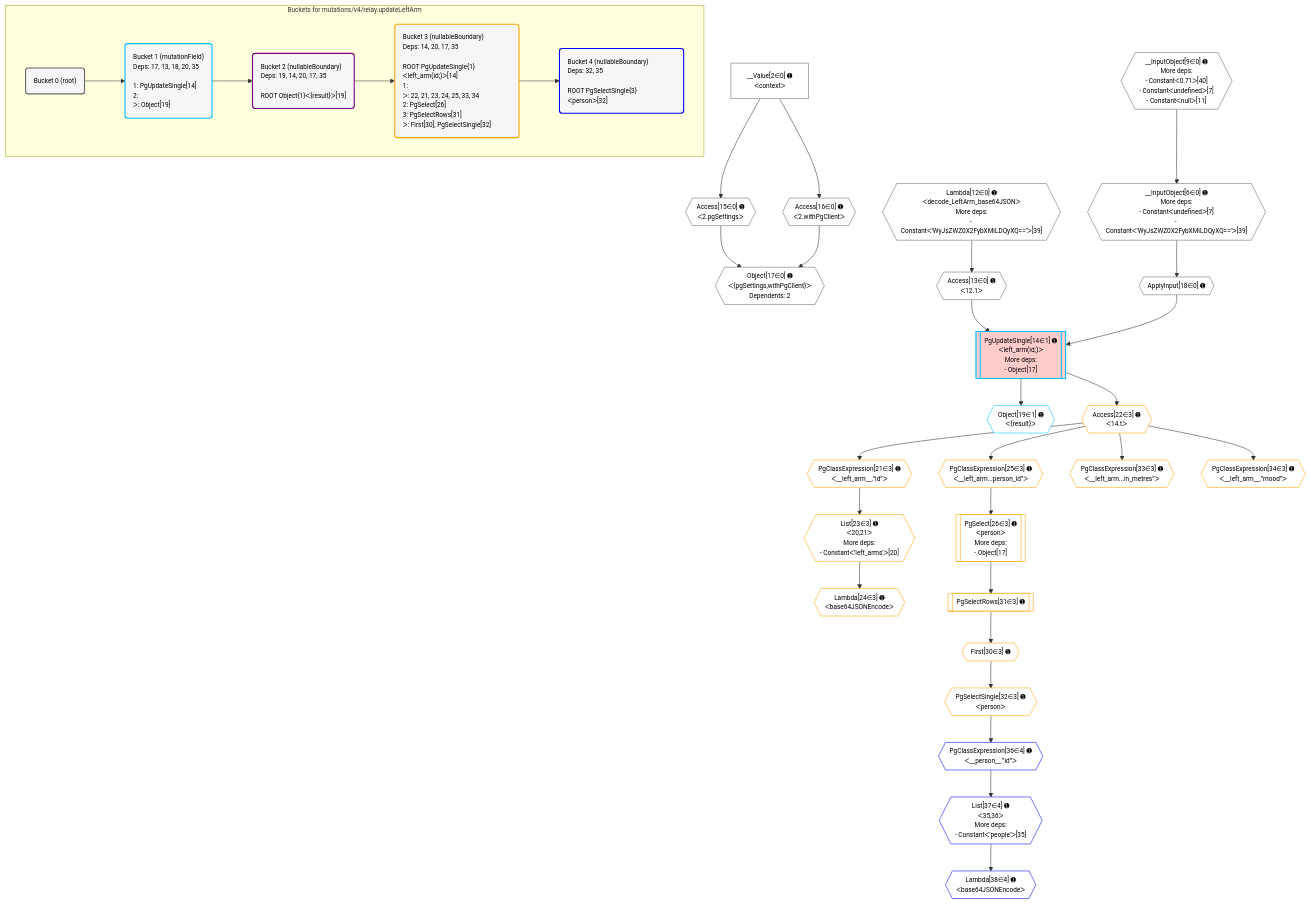
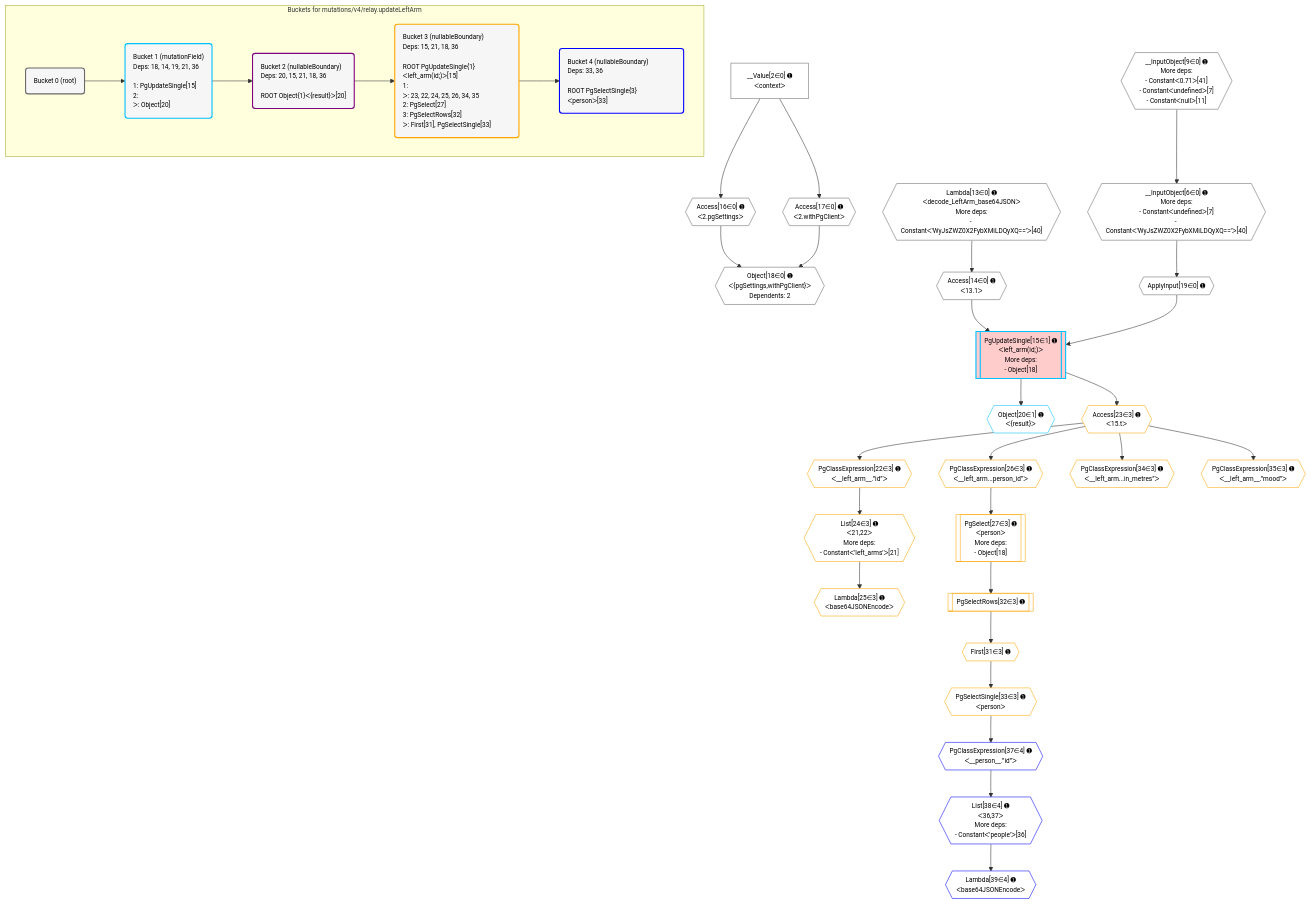
One commit to graphile/crystal changed the diagram in postgraphile/postgraphile/__tests__/mutations/v4/relay.updateLeftArm.mermaid. Above: the diagram before and after it, drawn with Mermaid. The commit also changed 6 other files, not shown here.

```diff
--- a/postgraphile/postgraphile/__tests__/mutations/v4/relay.updateLeftArm.mermaid
+++ b/postgraphile/postgraphile/__tests__/mutations/v4/relay.updateLeftArm.mermaid
@@ -1,81 +1,81 @@
 %%{init: {'themeVariables': { 'fontSize': '12px'}}}%%
 graph TD
     classDef path fill:#eee,stroke:#000,color:#000
     classDef plan fill:#fff,stroke-width:1px,color:#000
     classDef itemplan fill:#fff,stroke-width:2px,color:#000
     classDef unbatchedplan fill:#dff,stroke-width:1px,color:#000
     classDef sideeffectplan fill:#fcc,stroke-width:2px,color:#000
     classDef bucket fill:#f6f6f6,color:#000,stroke-width:2px,text-align:left
 
     subgraph "Buckets for mutations/v4/relay.updateLeftArm"
     Bucket0("Bucket 0 (root)"):::bucket
-    Bucket1("Bucket 1 (mutationField)<br />Deps: 17, 13, 18, 20, 35<br /><br />1: PgUpdateSingle[14]<br />2: <br />ᐳ: Object[19]"):::bucket
-    Bucket2("Bucket 2 (nullableBoundary)<br />Deps: 19, 14, 20, 17, 35<br /><br />ROOT Object{1}ᐸ{result}ᐳ[19]"):::bucket
-    Bucket3("Bucket 3 (nullableBoundary)<br />Deps: 14, 20, 17, 35<br /><br />ROOT PgUpdateSingle{1}ᐸleft_arm(id;)ᐳ[14]<br />1: <br />ᐳ: 22, 21, 23, 24, 25, 33, 34<br />2: PgSelect[26]<br />3: PgSelectRows[31]<br />ᐳ: First[30], PgSelectSingle[32]"):::bucket
-    Bucket4("Bucket 4 (nullableBoundary)<br />Deps: 32, 35<br /><br />ROOT PgSelectSingle{3}ᐸpersonᐳ[32]"):::bucket
+    Bucket1("Bucket 1 (mutationField)<br />Deps: 18, 14, 19, 21, 36<br /><br />1: PgUpdateSingle[15]<br />2: <br />ᐳ: Object[20]"):::bucket
+    Bucket2("Bucket 2 (nullableBoundary)<br />Deps: 20, 15, 21, 18, 36<br /><br />ROOT Object{1}ᐸ{result}ᐳ[20]"):::bucket
+    Bucket3("Bucket 3 (nullableBoundary)<br />Deps: 15, 21, 18, 36<br /><br />ROOT PgUpdateSingle{1}ᐸleft_arm(id;)ᐳ[15]<br />1: <br />ᐳ: 23, 22, 24, 25, 26, 34, 35<br />2: PgSelect[27]<br />3: PgSelectRows[32]<br />ᐳ: First[31], PgSelectSingle[33]"):::bucket
+    Bucket4("Bucket 4 (nullableBoundary)<br />Deps: 33, 36<br /><br />ROOT PgSelectSingle{3}ᐸpersonᐳ[33]"):::bucket
     end
     Bucket0 --> Bucket1
     Bucket1 --> Bucket2
     Bucket2 --> Bucket3
     Bucket3 --> Bucket4
 
     %% plan dependencies
-    __InputObject6{{"__InputObject[6∈0] ➊<br />More deps:<br />- Constantᐸundefinedᐳ[7]<br />- Constantᐸ'WyJsZWZ0X2FybXMiLDQyXQ=='ᐳ[39]"}}:::plan
-    __InputObject9{{"__InputObject[9∈0] ➊<br />More deps:<br />- Constantᐸ0.71ᐳ[40]<br />- Constantᐸundefinedᐳ[7]<br />- Constantᐸnullᐳ[11]"}}:::plan
+    __InputObject6{{"__InputObject[6∈0] ➊<br />More deps:<br />- Constantᐸundefinedᐳ[7]<br />- Constantᐸ'WyJsZWZ0X2FybXMiLDQyXQ=='ᐳ[40]"}}:::plan
+    __InputObject9{{"__InputObject[9∈0] ➊<br />More deps:<br />- Constantᐸ0.71ᐳ[41]<br />- Constantᐸundefinedᐳ[7]<br />- Constantᐸnullᐳ[11]"}}:::plan
     __InputObject9 --> __InputObject6
-    Object17{{"Object[17∈0] ➊<br />ᐸ{pgSettings,withPgClient}ᐳ<br />Dependents: 2"}}:::plan
-    Access15{{"Access[15∈0] ➊<br />ᐸ2.pgSettingsᐳ"}}:::plan
-    Access16{{"Access[16∈0] ➊<br />ᐸ2.withPgClientᐳ"}}:::plan
-    Access15 & Access16 --> Object17
-    Lambda12{{"Lambda[12∈0] ➊<br />ᐸdecode_LeftArm_base64JSONᐳ<br />More deps:<br />- Constantᐸ'WyJsZWZ0X2FybXMiLDQyXQ=='ᐳ[39]"}}:::plan
-    Access13{{"Access[13∈0] ➊<br />ᐸ12.1ᐳ"}}:::plan
-    Lambda12 --> Access13
+    Object18{{"Object[18∈0] ➊<br />ᐸ{pgSettings,withPgClient}ᐳ<br />Dependents: 2"}}:::plan
+    Access16{{"Access[16∈0] ➊<br />ᐸ2.pgSettingsᐳ"}}:::plan
+    Access17{{"Access[17∈0] ➊<br />ᐸ2.withPgClientᐳ"}}:::plan
+    Access16 & Access17 --> Object18
+    Lambda13{{"Lambda[13∈0] ➊<br />ᐸdecode_LeftArm_base64JSONᐳ<br />More deps:<br />- Constantᐸ'WyJsZWZ0X2FybXMiLDQyXQ=='ᐳ[40]"}}:::plan
+    Access14{{"Access[14∈0] ➊<br />ᐸ13.1ᐳ"}}:::plan
+    Lambda13 --> Access14
     __Value2["__Value[2∈0] ➊<br />ᐸcontextᐳ"]:::plan
-    __Value2 --> Access15
     __Value2 --> Access16
-    ApplyInput18{{"ApplyInput[18∈0] ➊"}}:::plan
-    __InputObject6 --> ApplyInput18
-    PgUpdateSingle14[["PgUpdateSingle[14∈1] ➊<br />ᐸleft_arm(id;)ᐳ<br />More deps:<br />- Object[17]"]]:::sideeffectplan
-    Access13 & ApplyInput18 --> PgUpdateSingle14
-    Object19{{"Object[19∈1] ➊<br />ᐸ{result}ᐳ"}}:::plan
-    PgUpdateSingle14 --> Object19
-    List23{{"List[23∈3] ➊<br />ᐸ20,21ᐳ<br />More deps:<br />- Constantᐸ'left_arms'ᐳ[20]"}}:::plan
-    PgClassExpression21{{"PgClassExpression[21∈3] ➊<br />ᐸ__left_arm__.”id”ᐳ"}}:::plan
-    PgClassExpression21 --> List23
-    PgSelect26[["PgSelect[26∈3] ➊<br />ᐸpersonᐳ<br />More deps:<br />- Object[17]"]]:::plan
-    PgClassExpression25{{"PgClassExpression[25∈3] ➊<br />ᐸ__left_arm...person_id”ᐳ"}}:::plan
-    PgClassExpression25 --> PgSelect26
-    Access22{{"Access[22∈3] ➊<br />ᐸ14.tᐳ"}}:::plan
-    Access22 --> PgClassExpression21
-    PgUpdateSingle14 --> Access22
-    Lambda24{{"Lambda[24∈3] ➊<br />ᐸbase64JSONEncodeᐳ"}}:::plan
-    List23 --> Lambda24
-    Access22 --> PgClassExpression25
-    First30{{"First[30∈3] ➊"}}:::plan
-    PgSelectRows31[["PgSelectRows[31∈3] ➊"]]:::plan
-    PgSelectRows31 --> First30
-    PgSelect26 --> PgSelectRows31
-    PgSelectSingle32{{"PgSelectSingle[32∈3] ➊<br />ᐸpersonᐳ"}}:::plan
-    First30 --> PgSelectSingle32
-    PgClassExpression33{{"PgClassExpression[33∈3] ➊<br />ᐸ__left_arm...in_metres”ᐳ"}}:::plan
-    Access22 --> PgClassExpression33
-    PgClassExpression34{{"PgClassExpression[34∈3] ➊<br />ᐸ__left_arm__.”mood”ᐳ"}}:::plan
-    Access22 --> PgClassExpression34
-    List37{{"List[37∈4] ➊<br />ᐸ35,36ᐳ<br />More deps:<br />- Constantᐸ'people'ᐳ[35]"}}:::plan
-    PgClassExpression36{{"PgClassExpression[36∈4] ➊<br />ᐸ__person__.”id”ᐳ"}}:::plan
-    PgClassExpression36 --> List37
-    PgSelectSingle32 --> PgClassExpression36
-    Lambda38{{"Lambda[38∈4] ➊<br />ᐸbase64JSONEncodeᐳ"}}:::plan
-    List37 --> Lambda38
+    __Value2 --> Access17
+    ApplyInput19{{"ApplyInput[19∈0] ➊"}}:::plan
+    __InputObject6 --> ApplyInput19
+    PgUpdateSingle15[["PgUpdateSingle[15∈1] ➊<br />ᐸleft_arm(id;)ᐳ<br />More deps:<br />- Object[18]"]]:::sideeffectplan
+    Access14 & ApplyInput19 --> PgUpdateSingle15
+    Object20{{"Object[20∈1] ➊<br />ᐸ{result}ᐳ"}}:::plan
+    PgUpdateSingle15 --> Object20
+    List24{{"List[24∈3] ➊<br />ᐸ21,22ᐳ<br />More deps:<br />- Constantᐸ'left_arms'ᐳ[21]"}}:::plan
+    PgClassExpression22{{"PgClassExpression[22∈3] ➊<br />ᐸ__left_arm__.”id”ᐳ"}}:::plan
+    PgClassExpression22 --> List24
+    PgSelect27[["PgSelect[27∈3] ➊<br />ᐸpersonᐳ<br />More deps:<br />- Object[18]"]]:::plan
+    PgClassExpression26{{"PgClassExpression[26∈3] ➊<br />ᐸ__left_arm...person_id”ᐳ"}}:::plan
+    PgClassExpression26 --> PgSelect27
+    Access23{{"Access[23∈3] ➊<br />ᐸ15.tᐳ"}}:::plan
+    Access23 --> PgClassExpression22
+    PgUpdateSingle15 --> Access23
+    Lambda25{{"Lambda[25∈3] ➊<br />ᐸbase64JSONEncodeᐳ"}}:::plan
+    List24 --> Lambda25
+    Access23 --> PgClassExpression26
+    First31{{"First[31∈3] ➊"}}:::plan
+    PgSelectRows32[["PgSelectRows[32∈3] ➊"]]:::plan
+    PgSelectRows32 --> First31
+    PgSelect27 --> PgSelectRows32
+    PgSelectSingle33{{"PgSelectSingle[33∈3] ➊<br />ᐸpersonᐳ"}}:::plan
+    First31 --> PgSelectSingle33
+    PgClassExpression34{{"PgClassExpression[34∈3] ➊<br />ᐸ__left_arm...in_metres”ᐳ"}}:::plan
+    Access23 --> PgClassExpression34
+    PgClassExpression35{{"PgClassExpression[35∈3] ➊<br />ᐸ__left_arm__.”mood”ᐳ"}}:::plan
+    Access23 --> PgClassExpression35
+    List38{{"List[38∈4] ➊<br />ᐸ36,37ᐳ<br />More deps:<br />- Constantᐸ'people'ᐳ[36]"}}:::plan
+    PgClassExpression37{{"PgClassExpression[37∈4] ➊<br />ᐸ__person__.”id”ᐳ"}}:::plan
+    PgClassExpression37 --> List38
+    PgSelectSingle33 --> PgClassExpression37
+    Lambda39{{"Lambda[39∈4] ➊<br />ᐸbase64JSONEncodeᐳ"}}:::plan
+    List38 --> Lambda39
 
     %% define steps
     classDef bucket0 stroke:#696969
-    class Bucket0,__Value2,__InputObject6,__InputObject9,Lambda12,Access13,Access15,Access16,Object17,ApplyInput18 bucket0
+    class Bucket0,__Value2,__InputObject6,__InputObject9,Lambda13,Access14,Access16,Access17,Object18,ApplyInput19 bucket0
     classDef bucket1 stroke:#00bfff
-    class Bucket1,PgUpdateSingle14,Object19 bucket1
+    class Bucket1,PgUpdateSingle15,Object20 bucket1
     classDef bucket2 stroke:#7f007f
     class Bucket2 bucket2
     classDef bucket3 stroke:#ffa500
-    class Bucket3,PgClassExpression21,Access22,List23,Lambda24,PgClassExpression25,PgSelect26,First30,PgSelectRows31,PgSelectSingle32,PgClassExpression33,PgClassExpression34 bucket3
+    class Bucket3,PgClassExpression22,Access23,List24,Lambda25,PgClassExpression26,PgSelect27,First31,PgSelectRows32,PgSelectSingle33,PgClassExpression34,PgClassExpression35 bucket3
     classDef bucket4 stroke:#0000ff
-    class Bucket4,PgClassExpression36,List37,Lambda38 bucket4
+    class Bucket4,PgClassExpression37,List38,Lambda39 bucket4
```
